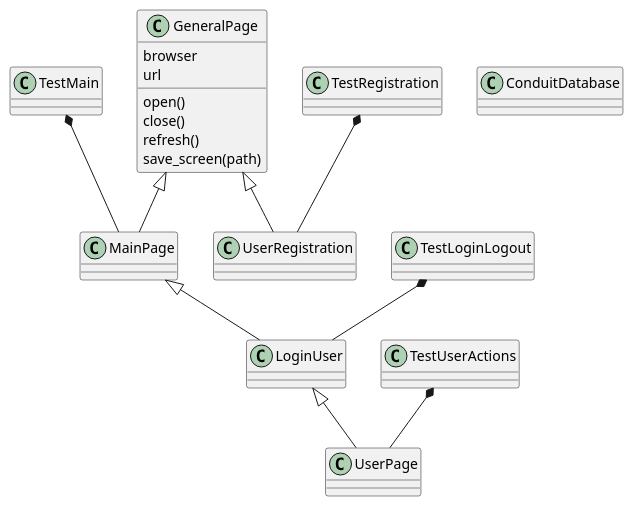
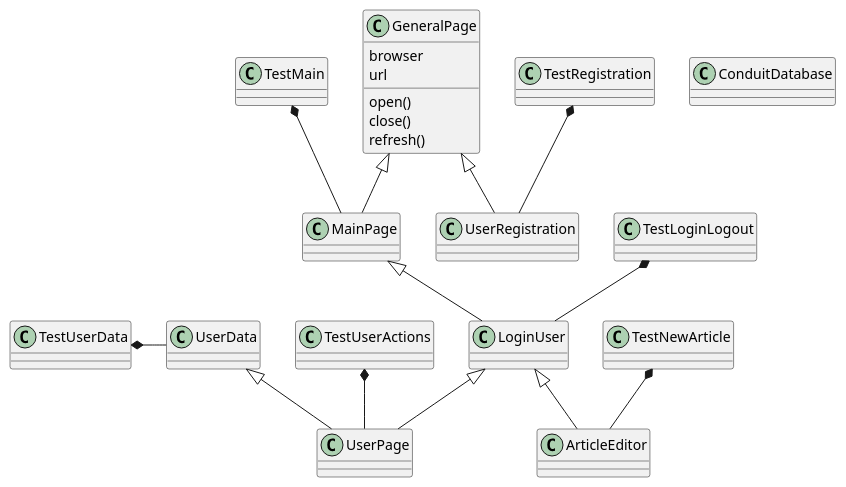
The diagram in TC/conduit/test.puml (kissanya/conduit), drawn with PlantUML before and after one commit. The commit also changed 13 other files, not shown here.

Commit message:
UserData Test

```diff
--- a/TC/conduit/test.puml
+++ b/TC/conduit/test.puml
@@ -1,27 +1,28 @@
 @startuml
-'https://plantuml.com/class-diagram
-
-
 
 GeneralPage <|-- MainPage
 MainPage <|-- LoginUser
 GeneralPage <|-- UserRegistration
 LoginUser <|-- UserPage
+LoginUser <|-- ArticleEditor
+UserData <|-- UserPage
 
 TestMain *-- MainPage
 TestRegistration *-- UserRegistration
 TestLoginLogout *-- LoginUser
 TestUserActions  *-- UserPage
+TestNewArticle *-- ArticleEditor
+TestUserData *- UserData
+
 class GeneralPage{
 browser
 url
 open()
 close()
 refresh()
-save_screen(path)
 }
 
-cLass ConduitDatabase{
+class ConduitDatabase{
 
 }
 @enduml
```
